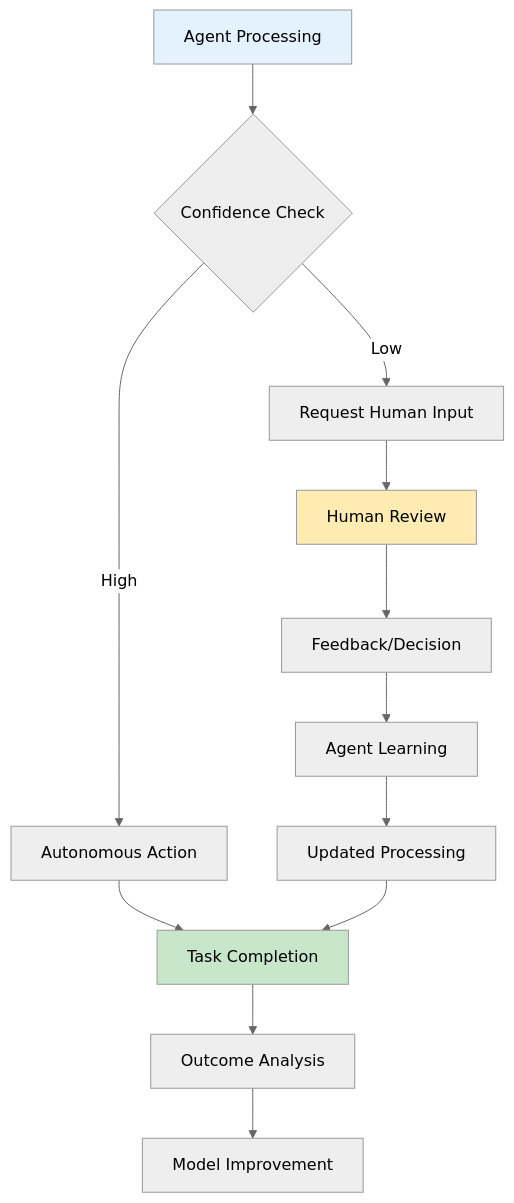
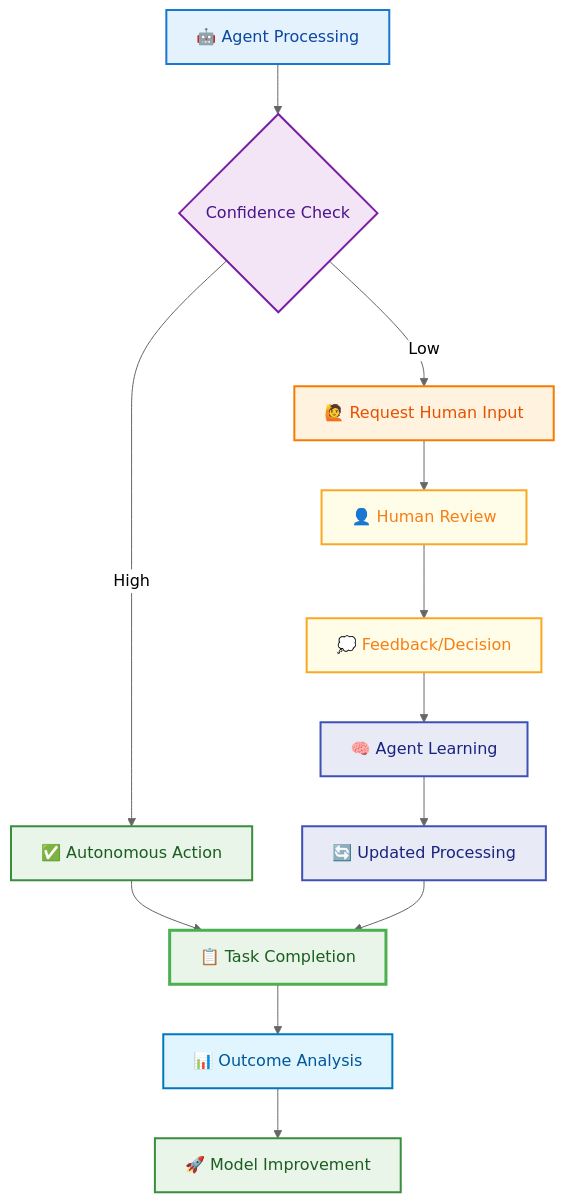
Diagram 19 of 21 in 34_agentic_ai_design_patterns.md (raphaelmansuy/tutorials), drawn with Mermaid (neutral theme) before and after one commit. The commit also changed other lines of this file, not shown here.

````diff
--- a/34_agentic_ai_design_patterns.md
+++ b/34_agentic_ai_design_patterns.md
@@ -737,21 +1417,29 @@
 ```mermaid
-graph TD
-    A[Agent Processing] --> B{Confidence Check}
-    B -->|High| C[Autonomous Action]
-    B -->|Low| D[Request Human Input]
+flowchart TD
+    A[🤖 Agent Processing] --> B{Confidence Check}
+    B -->|High| C[✅ Autonomous Action]
+    B -->|Low| D[🙋 Request Human Input]
 
-    D --> E[Human Review]
-    E --> F[Feedback/Decision]
-    F --> G[Agent Learning]
-    G --> H[Updated Processing]
+    D --> E[👤 Human Review]
+    E --> F[💭 Feedback/Decision]
+    F --> G[🧠 Agent Learning]
+    G --> H[🔄 Updated Processing]
 
-    C --> I[Task Completion]
+    C --> I[📋 Task Completion]
     H --> I
 
-    I --> J[Outcome Analysis]
-    J --> K[Model Improvement]
+    I --> J[📊 Outcome Analysis]
+    J --> K[🚀 Model Improvement]
 
-    style A fill:#e3f2fd
-    style I fill:#c8e6c9
-    style E fill:#ffecb3
+    style A fill:#E3F2FD,stroke:#1976D2,stroke-width:2px,color:#0D47A1
+    style B fill:#F3E5F5,stroke:#7B1FA2,stroke-width:2px,color:#4A148C
+    style C fill:#E8F5E8,stroke:#388E3C,stroke-width:2px,color:#1B5E20
+    style D fill:#FFF3E0,stroke:#F57C00,stroke-width:2px,color:#E65100
+    style E fill:#FFFDE7,stroke:#F9A825,stroke-width:2px,color:#F57F17
+    style F fill:#FFFDE7,stroke:#F9A825,stroke-width:2px,color:#F57F17
+    style G fill:#E8EAF6,stroke:#3F51B5,stroke-width:2px,color:#1A237E
+    style H fill:#E8EAF6,stroke:#3F51B5,stroke-width:2px,color:#1A237E
+    style I fill:#E8F5E8,stroke:#4CAF50,stroke-width:3px,color:#1B5E20
+    style J fill:#E1F5FE,stroke:#0277BD,stroke-width:2px,color:#01579B
+    style K fill:#E8F5E8,stroke:#388E3C,stroke-width:2px,color:#1B5E20
 ```
````
